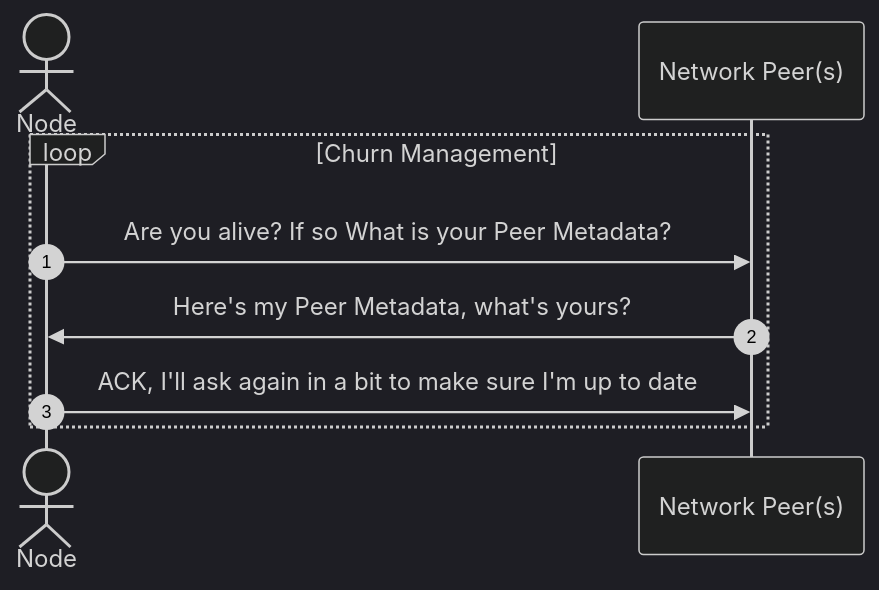
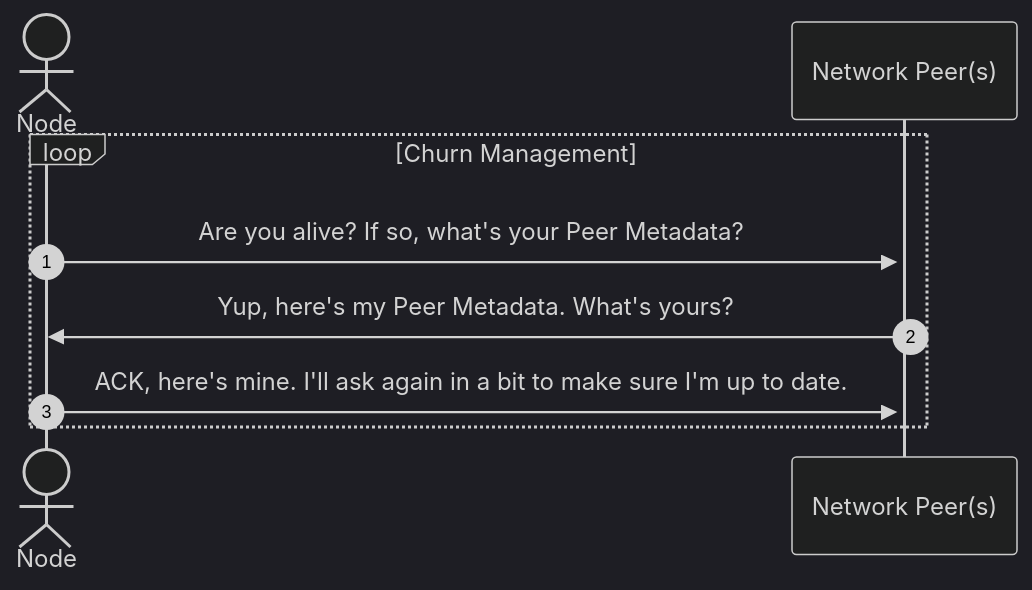
One commit to pokt-network/pocket changed the first of 4 diagrams in consensus/doc/PROTOCOL_STATE_SYNC.md. Above: the diagram before and after it, drawn with Mermaid (dark theme). The commit also changed other lines of this file and 8 other files, not shown here.

````diff
--- a/consensus/doc/PROTOCOL_STATE_SYNC.md
+++ b/consensus/doc/PROTOCOL_STATE_SYNC.md
@@ -26,11 +51,13 @@
 ```mermaid
 sequenceDiagram
-    actor  Node
-    participant  Network  Peer(s)
     autonumber
-    loop  Churn  Management
-        Node->>Network  Peer(s): Are you alive? If so What is your Peer Metadata?
-        Network  Peer(s)->>Node: Here's my Peer Metadata, what's yours?
-        Node->>Network  Peer(s): ACK, I'll ask again in a bit to make sure I'm up to date
+
+    actor N as Node
+    participant NP as Network Peer(s)
+
+    loop Churn Management
+        N->>+NP: Are you alive? If so, what's your Peer Metadata?
+        NP->>N: Yup, here's my Peer Metadata. What's yours?
+        N->>NP: ACK, here's mine. I'll ask again in a bit to make sure I'm up to date.
     end
 ```
````
